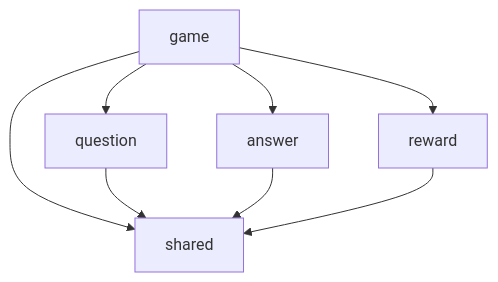
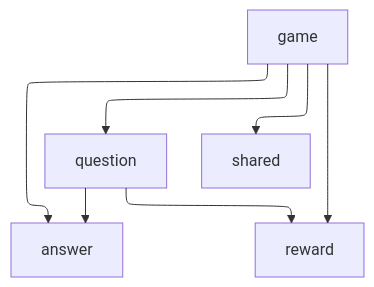
The diagram in README.md (edvein-rin/who-wants-to-be-a-millionaire), drawn with Mermaid before and after one commit.

Commit message:
docs(README): update existing module dependencies

````diff
--- a/README.md
+++ b/README.md
@@ -128,10 +128,9 @@
 ```mermaid
+---
+config:
+  layout: elk
+---
 graph TD;
-    game-->question;
-    game-->answer;
-    game-->reward;
-    game-->shared;
-    question-->shared;
-    answer-->shared;
-    reward-->shared;
+    game["game"] --> question["question"] & answer["answer"] & reward["reward"] & shared["shared"]
+    question --> answer & reward
 ```
````
